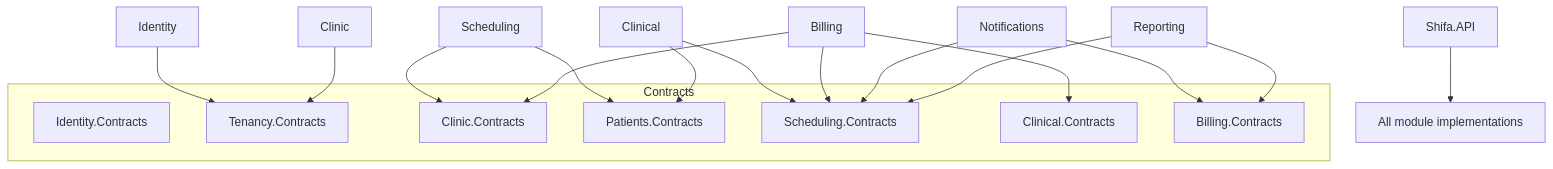
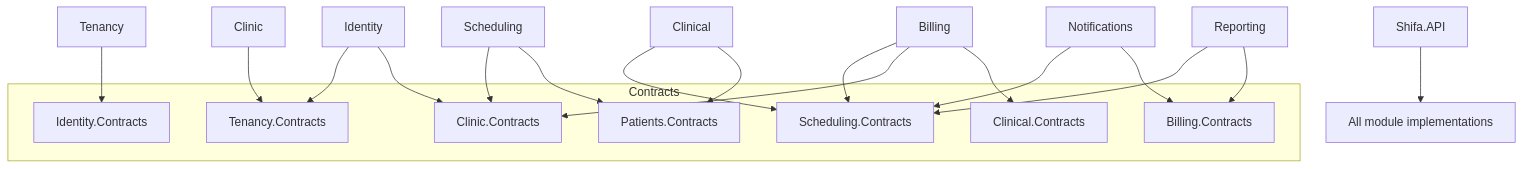
One commit to mohameabdelsalm/shifa-clinic changed the diagram in docs/architecture/module-boundaries.md. Above: the diagram before and after it, drawn with Mermaid. The commit also changed other lines of this file and 88 other files, not shown here.

First line of the commit message:
feat: phase 2 identity, tenancy and platform administration

````diff
--- a/docs/architecture/module-boundaries.md
+++ b/docs/architecture/module-boundaries.md
@@ -21,26 +21,28 @@
 ```mermaid
 flowchart TD
   API[Shifa.API] --> M[All module implementations]
   subgraph Contracts
     IC[Identity.Contracts]
     TC[Tenancy.Contracts]
     CC[Clinic.Contracts]
     PC[Patients.Contracts]
     SC[Scheduling.Contracts]
     KC[Clinical.Contracts]
     BC[Billing.Contracts]
   end
   Scheduling --> CC
   Scheduling --> PC
   Clinical --> SC
   Clinical --> PC
   Billing --> SC
   Billing --> CC
   Billing --> KC
   Notifications --> SC
   Notifications --> BC
   Reporting --> SC
   Reporting --> BC
   Identity --> TC
+  Identity --> CC
   Clinic --> TC
+  Tenancy --> IC
 ```
````
